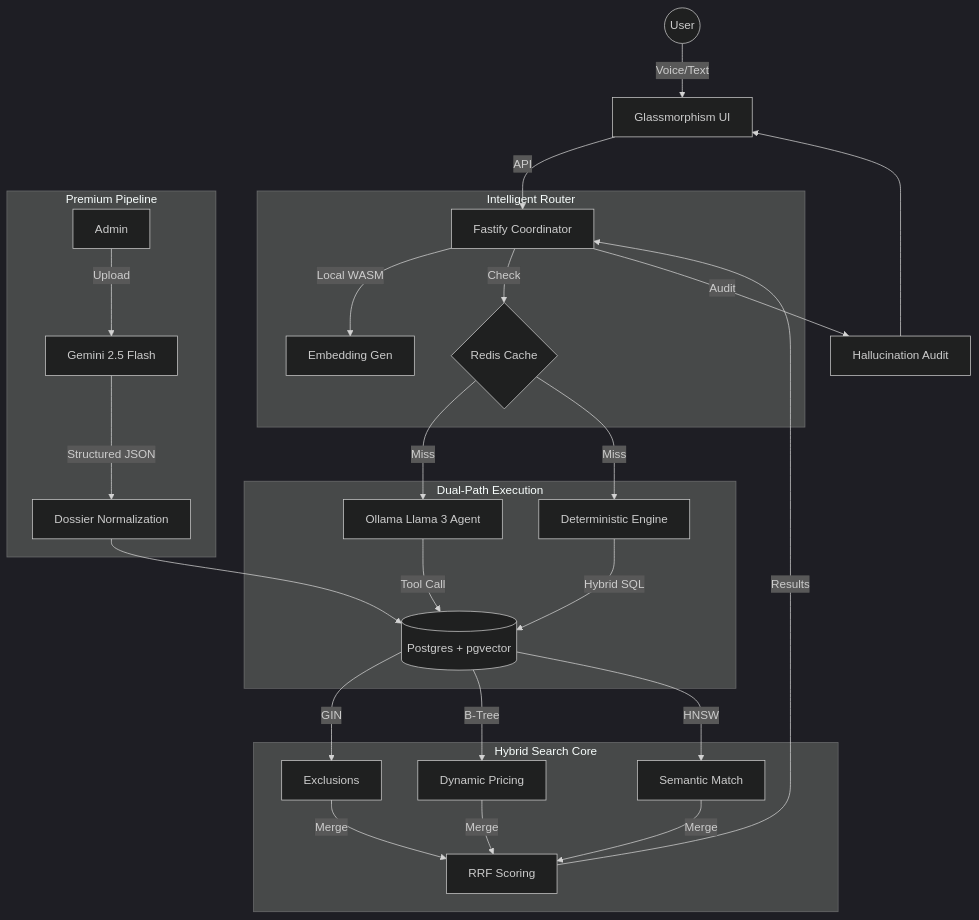
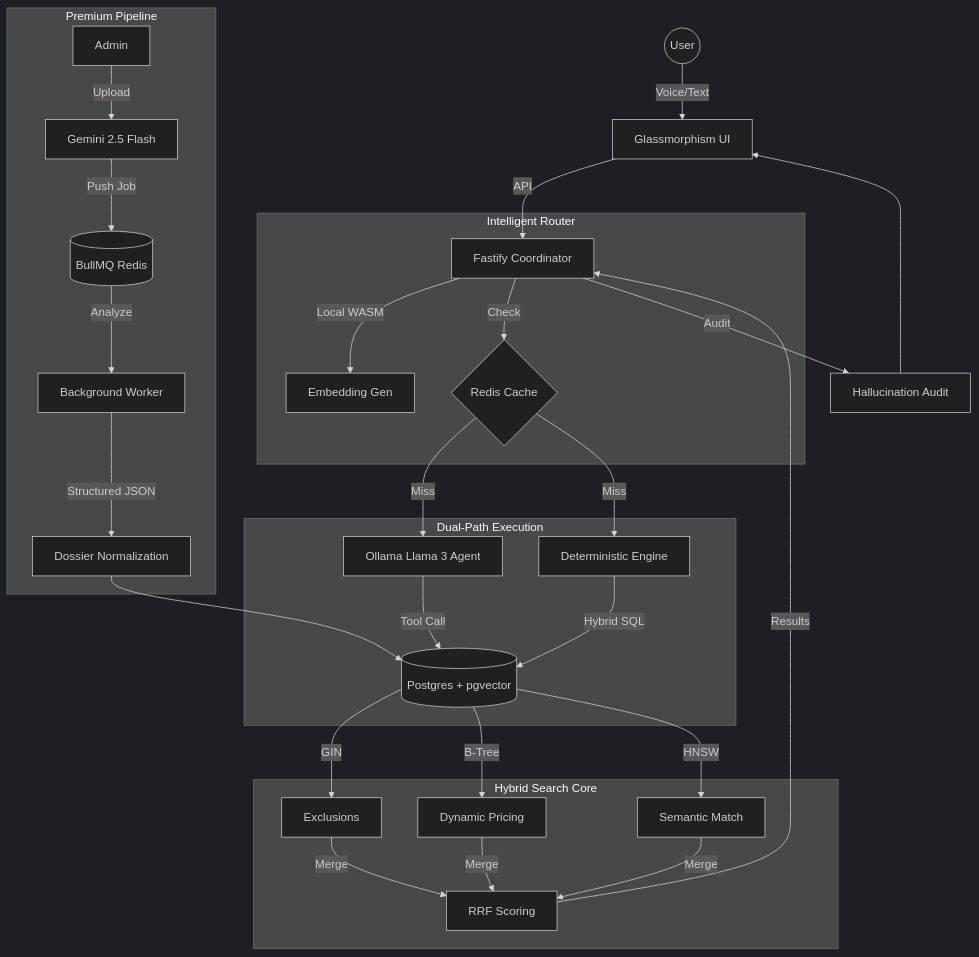
Before and after one commit to manish-9245/scalable-llm-search: the first of 2 diagrams in README.md, drawn with Mermaid (dark theme). The commit also changed other lines of this file and 6 other files, not shown here.

Commit message:
feat: implement event-driven ingestion with BullMQ and Redis

````diff
--- a/README.md
+++ b/README.md
@@ -31,36 +31,38 @@
 ```mermaid
 graph TD
     User((User)) -->|Voice/Text| WebUI[Glassmorphism UI]
     WebUI -->|API| Server[Fastify Coordinator]
     
     subgraph "Intelligent Router"
         Server -->|Local WASM| Embed[Embedding Gen]
         Server -->|Check| Cache{Redis Cache}
     end
 
     subgraph "Dual-Path Execution"
         Cache -- Miss --> Agentic[Ollama Llama 3 Agent]
         Cache -- Miss --> LocalPath[Deterministic Engine]
         
         Agentic -->|Tool Call| DB[(Postgres + pgvector)]
         LocalPath -->|Hybrid SQL| DB
     end
 
     subgraph "Hybrid Search Core"
         DB -->|GIN| Exclude[Exclusions]
         DB -->|B-Tree| Price[Dynamic Pricing]
         DB -->|HNSW| Vector[Semantic Match]
         
         Exclude & Price & Vector -->|Merge| RRF[RRF Scoring]
     end
 
     subgraph "Premium Pipeline"
         Admin -->|Upload| Gemini[Gemini 2.5 Flash]
-        Gemini -->|Structured JSON| Normalize[Dossier Normalization]
+        Gemini -->|Push Job| Queue[(BullMQ Redis)]
+        Queue -->|Analyze| Worker[Background Worker]
+        Worker -->|Structured JSON| Normalize[Dossier Normalization]
         Normalize --> DB
     end
 
     RRF -->|Results| Server
     Server -->|Audit| GeminiCorrection[Hallucination Audit]
     GeminiCorrection --> WebUI
 ```
````
